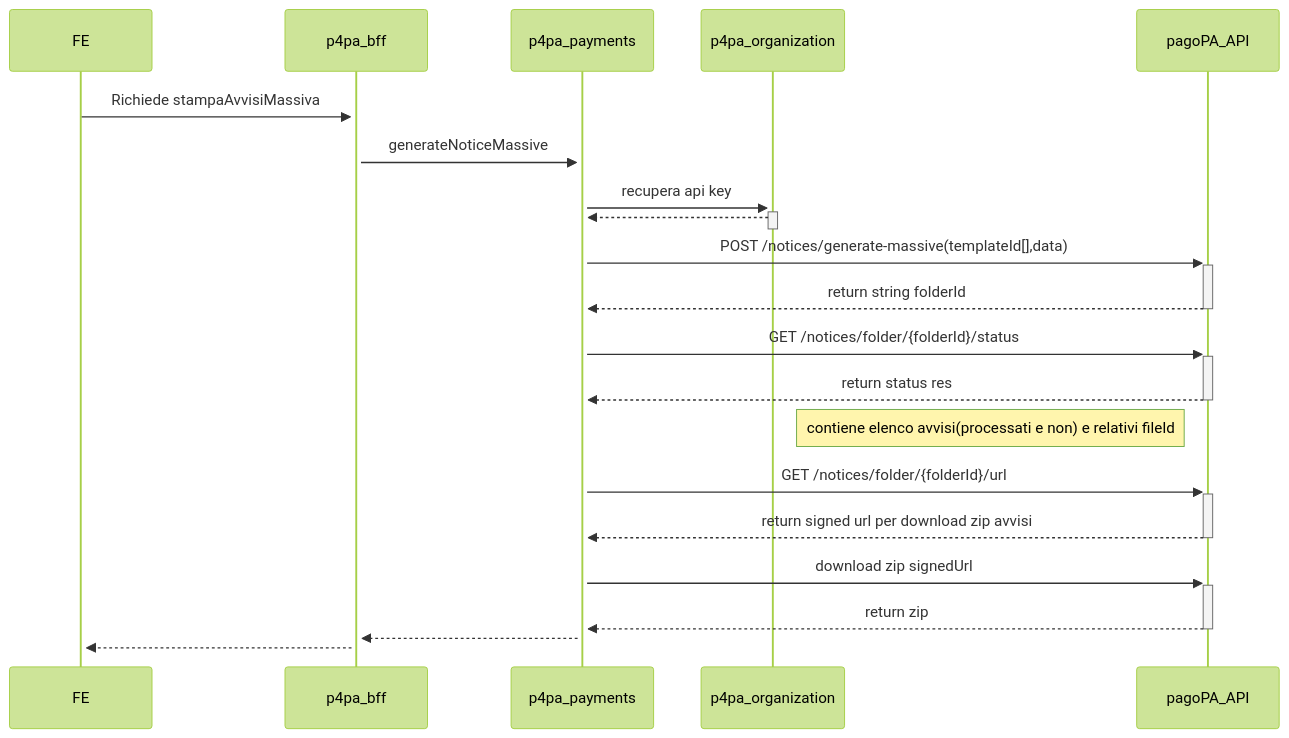
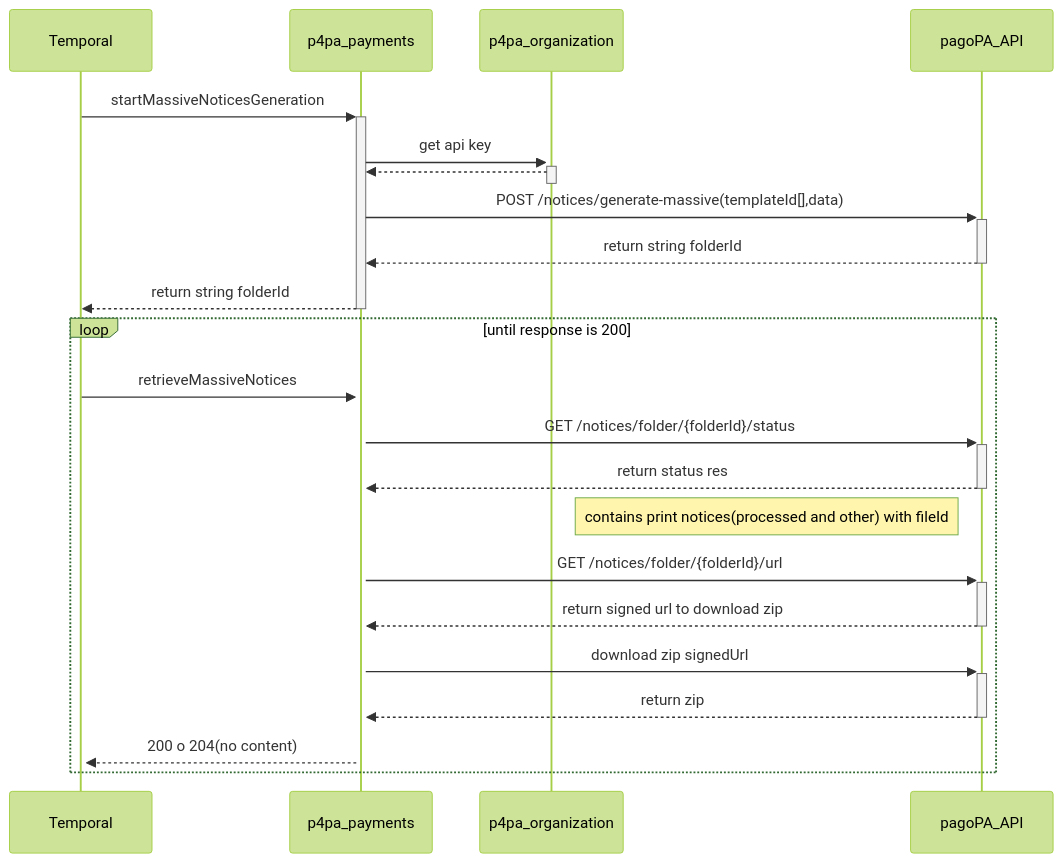
Before and after one commit to pagopa/p4pa-doc: the diagram in design/stampa-avvisi/sequence_stampaAvvisiMassiva.mmd, drawn with Mermaid (forest theme). The commit also changed 1 other file, not shown here.

Commit message:
P4ADEV-2596 fix massive sd

```diff
--- a/design/stampa-avvisi/sequence_stampaAvvisiMassiva.mmd
+++ b/design/stampa-avvisi/sequence_stampaAvvisiMassiva.mmd
@@ -1,22 +1,23 @@
 sequenceDiagram
-    participant FE
-    participant p4pa_bff
+    participant Temporal
     participant p4pa_payments
     participant p4pa_organization
     participant pagoPA_API
 
-     FE ->>+ p4pa_bff: Richiede stampaAvvisiMassiva
-        p4pa_bff ->>+ p4pa_payments: generateNoticeMassive
-            p4pa_payments ->>+ p4pa_organization: recupera api key
+    Temporal ->>+ p4pa_payments: startMassiveNoticesGeneration
+        p4pa_payments ->>+ p4pa_organization: get api key
             p4pa_organization -->>- p4pa_payments: #
             p4pa_payments ->>+ pagoPA_API: POST /notices/generate-massive(templateId[],data)
-                pagoPA_API -->>- p4pa_payments: return string folderId
-                p4pa_payments ->>+ pagoPA_API: GET /notices/folder/{folderId}/status
-                pagoPA_API -->>- p4pa_payments: return status res
-                note left of pagoPA_API: contiene elenco avvisi(processati e non) e relativi fileId
-                p4pa_payments ->>+ pagoPA_API: GET /notices/folder/{folderId}/url
-                pagoPA_API -->>- p4pa_payments: return signed url per download zip avvisi
-                p4pa_payments ->>+ pagoPA_API: download zip signedUrl
-                pagoPA_API -->>- p4pa_payments: return zip
-        p4pa_payments -->>+ p4pa_bff: #
-     p4pa_bff -->>+ FE: #
+            pagoPA_API -->>- p4pa_payments: return string folderId
+        p4pa_payments -->>- Temporal: return string folderId
+        loop until response is 200
+                Temporal ->>+ p4pa_payments: retrieveMassiveNotices
+                    p4pa_payments ->>+ pagoPA_API: GET /notices/folder/{folderId}/status
+                    pagoPA_API -->>- p4pa_payments: return status res
+                    note left of pagoPA_API: contains print notices(processed and other) with fileId
+                    p4pa_payments ->>+ pagoPA_API: GET /notices/folder/{folderId}/url
+                    pagoPA_API -->>- p4pa_payments: return signed url to download zip
+                    p4pa_payments ->>+ pagoPA_API: download zip signedUrl
+                    pagoPA_API -->>- p4pa_payments: return zip
+                    p4pa_payments -->>+ Temporal: 200 o 204(no content)
+        end
```
